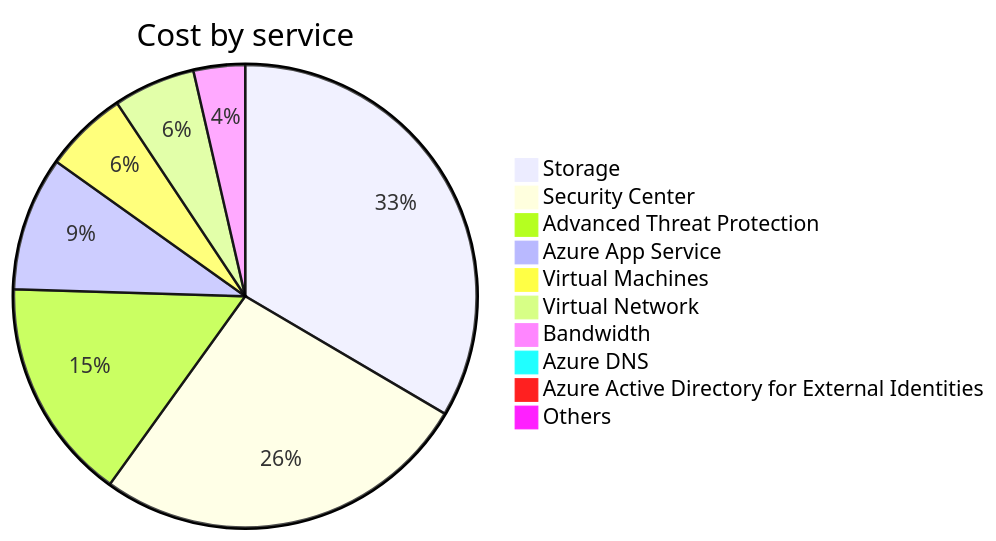
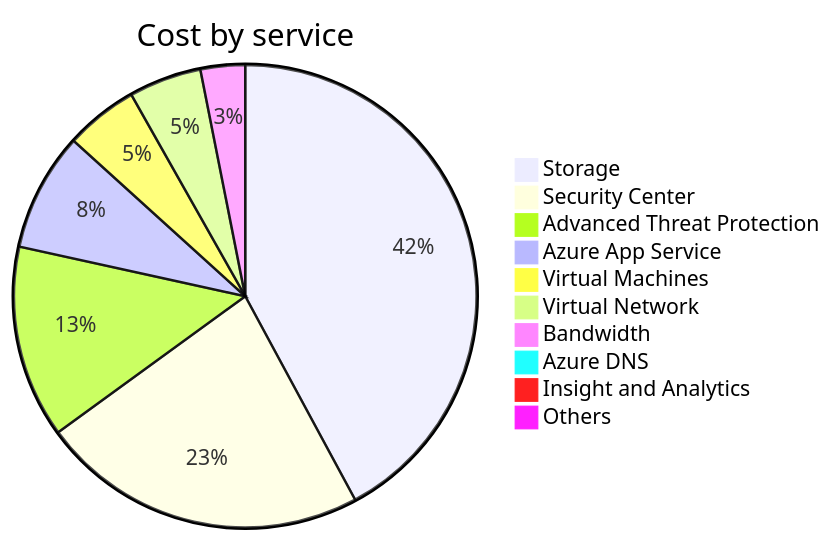
The second of 4 diagrams in cost-reports/accumulated-cost.md (jpfulton/azure-personal-reports), drawn with Mermaid before and after one commit. The commit also changed other lines of this file and 2 other files, not shown here.

````diff
--- a/cost-reports/accumulated-cost.md
+++ b/cost-reports/accumulated-cost.md
@@ -102,14 +102,14 @@
 ```mermaid
 pie
    title Cost by service
-   "Storage" : 25.01
+   "Storage" : 36.42
    "Security Center" : 19.78
-   "Advanced Threat Protection" : 11.62
-   "Azure App Service" : 7.00
-   "Virtual Machines" : 4.35
-   "Virtual Network" : 4.28
+   "Advanced Threat Protection" : 11.63
+   "Azure App Service" : 7.15
+   "Virtual Machines" : 4.41
+   "Virtual Network" : 4.39
    "Bandwidth" : 2.69
-   "Azure DNS" : 0.58
-   "Azure Active Directory for External Identities" : 0.00
+   "Azure DNS" : 0.59
+   "Insight and Analytics" : 0.00
    "Others" : 0.00
 ```
````
